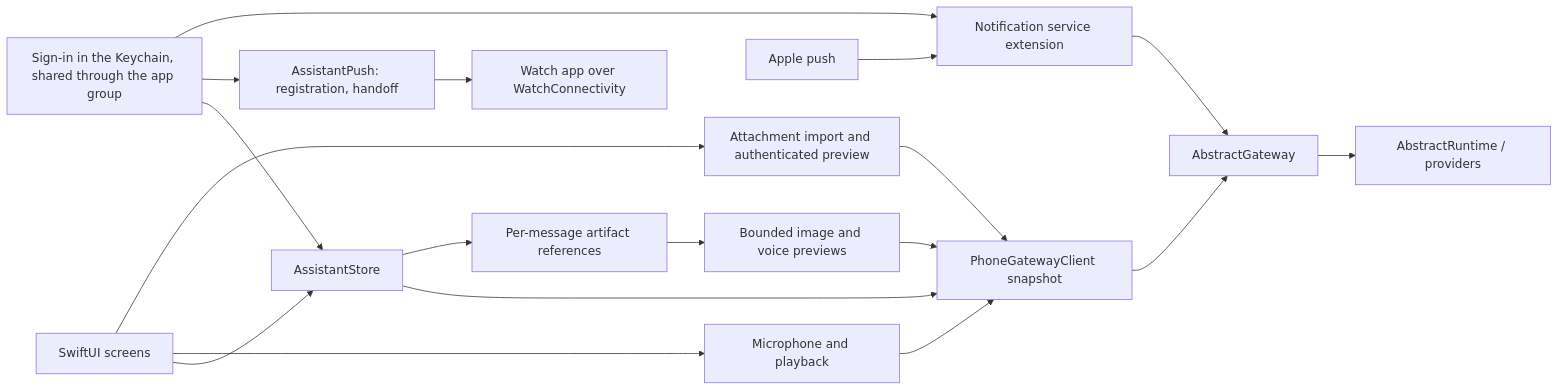
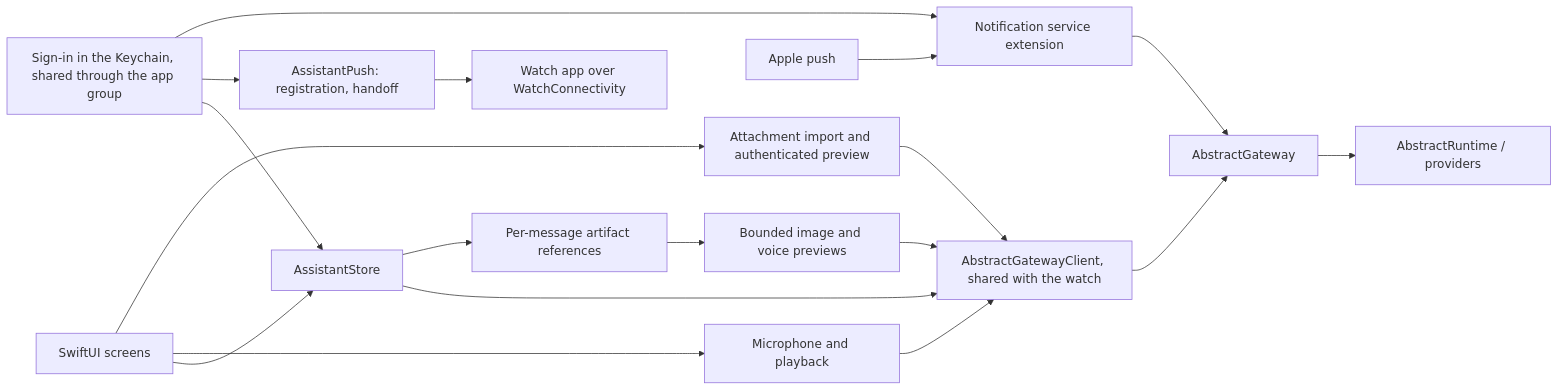
One commit to lpalbou/AbstractAssistant changed the diagram in phone/iphone/docs/architecture.md. Above: the diagram before and after it, drawn with Mermaid. The commit also changed other lines of this file and 132 other files, not shown here.

````diff
--- a/phone/iphone/docs/architecture.md
+++ b/phone/iphone/docs/architecture.md
@@ -7,20 +7,20 @@
 ```mermaid
 flowchart LR
     Views[SwiftUI screens] --> Store[AssistantStore]
     Views --> Voice[Microphone and playback]
     Vault[Sign-in in the Keychain, shared through the app group] --> Store
     Vault --> Push[AssistantPush: registration, handoff]
     Push --> Watch[Watch app over WatchConnectivity]
     APNs[Apple push] --> NSE[Notification service extension]
     Vault --> NSE
     NSE --> Gateway
-    Store --> Client[PhoneGatewayClient snapshot]
+    Store --> Client[AbstractGatewayClient, shared with the watch]
     Voice --> Client
     Views --> Files[Attachment import and authenticated preview]
     Files --> Client
     Store --> Media[Per-message artifact references]
     Media --> Preview[Bounded image and voice previews]
     Preview --> Client
     Client --> Gateway[AbstractGateway]
     Gateway --> Runtime[AbstractRuntime / providers]
 ```
````
